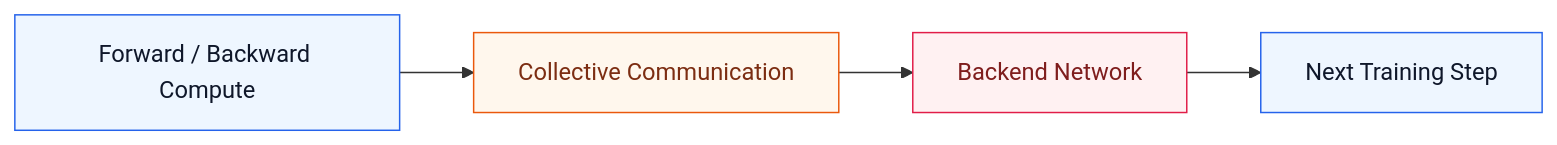
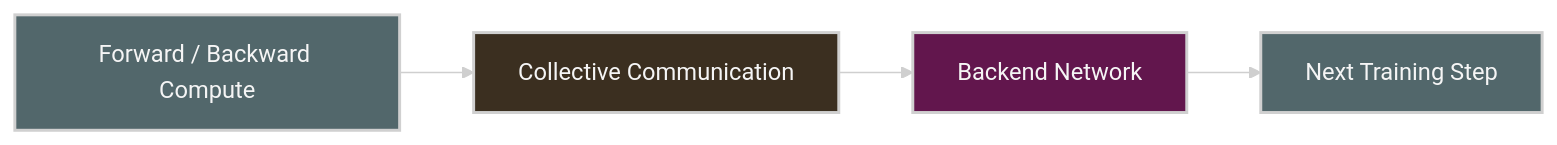
Before and after one commit to ziwon/ai-data-center-network: diagram 12 of 12 in deep-learning-for-network-engineers/week03/README.md, drawn with Mermaid. The commit also changed other lines of this file and 35 other files, not shown here.

Commit message:
docs(mermaid): apply dark diagram style

````diff
--- a/deep-learning-for-network-engineers/week03/README.md
+++ b/deep-learning-for-network-engineers/week03/README.md
@@ -635,15 +646,16 @@
 ```mermaid
+%%{init: {"theme": "base", "themeVariables": {"background": "#171717", "primaryColor": "#232323", "primaryTextColor": "#f5f5f5", "primaryBorderColor": "#d0d0d0", "lineColor": "#cfcfcf", "fontFamily": "Inter, Arial, sans-serif"}}}%%
 flowchart LR
-    classDef compute fill:#eef6ff,stroke:#2563eb,color:#0f172a
-    classDef sync fill:#fff7ed,stroke:#ea580c,color:#7c2d12
-    classDef net fill:#fff1f2,stroke:#e11d48,color:#7f1d1d
+    classDef compute fill:#52676b,stroke:#d0d0d0,color:#f5f5f5,stroke-width:2px;
+    classDef sync fill:#3b2f20,stroke:#d0d0d0,color:#f5f5f5,stroke-width:2px;
+    classDef net fill:#62164d,stroke:#d0d0d0,color:#f5f5f5,stroke-width:2px;
 
     C1[Forward / Backward Compute]:::compute
     S1[Collective Communication]:::sync
     N1[Backend Network]:::net
     C2[Next Training Step]:::compute
 
     C1 --> S1
     S1 --> N1
     N1 --> C2
 ```
````
